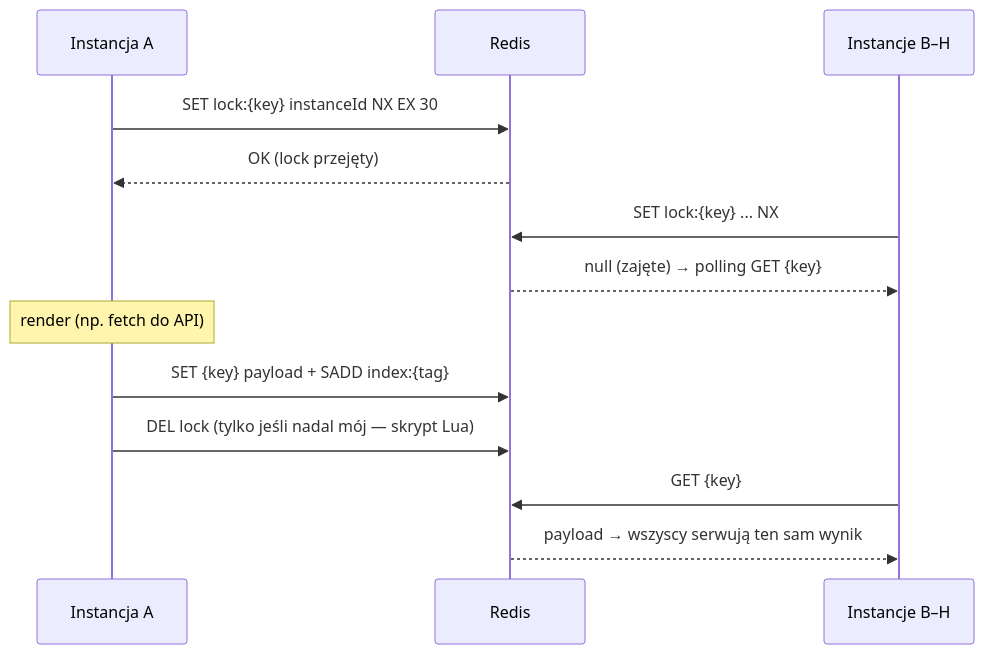
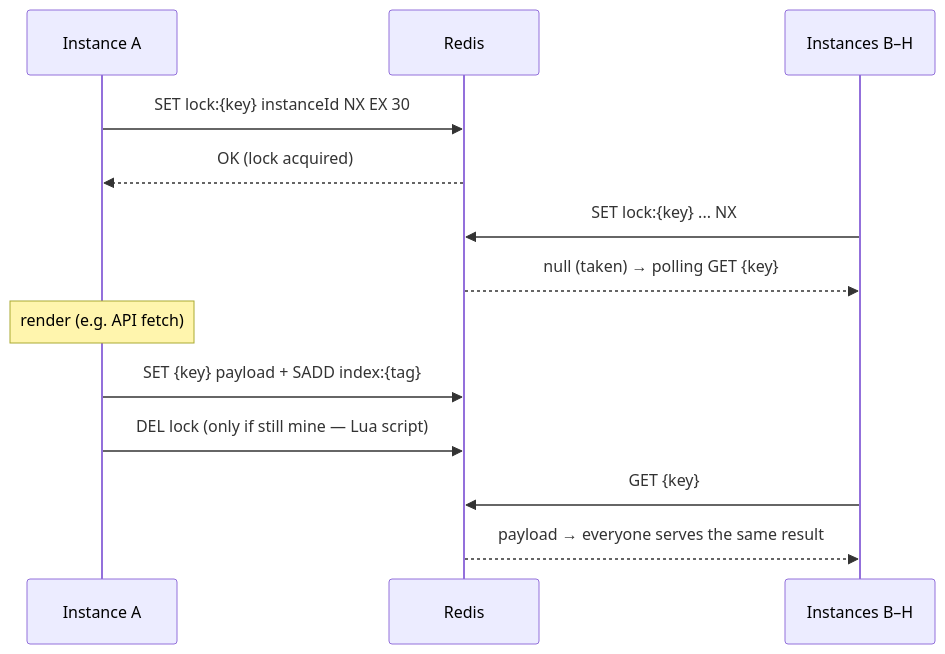
The third of 7 diagrams in apps/tmeNext/docs/CACHING.md (Regnar110/cursor-playground), drawn with Mermaid before and after one commit. The commit also changed other lines of this file and 3 other files, not shown here.

````diff
--- a/apps/tmeNext/docs/CACHING.md
+++ b/apps/tmeNext/docs/CACHING.md
@@ -103,16 +104,16 @@
 ```mermaid
 sequenceDiagram
-    participant A as Instancja A
+    participant A as Instance A
     participant R as Redis
-    participant B as Instancje B–H
+    participant B as Instances B–H
 
     A->>R: SET lock:{key} instanceId NX EX 30
-    R-->>A: OK (lock przejęty)
+    R-->>A: OK (lock acquired)
     B->>R: SET lock:{key} ... NX
-    R-->>B: null (zajęte) → polling GET {key}
-    Note over A: render (np. fetch do API)
+    R-->>B: null (taken) → polling GET {key}
+    Note over A: render (e.g. API fetch)
     A->>R: SET {key} payload + SADD index:{tag}
-    A->>R: DEL lock (tylko jeśli nadal mój — skrypt Lua)
+    A->>R: DEL lock (only if still mine — Lua script)
     B->>R: GET {key}
-    R-->>B: payload → wszyscy serwują ten sam wynik
+    R-->>B: payload → everyone serves the same result
 ```
````
